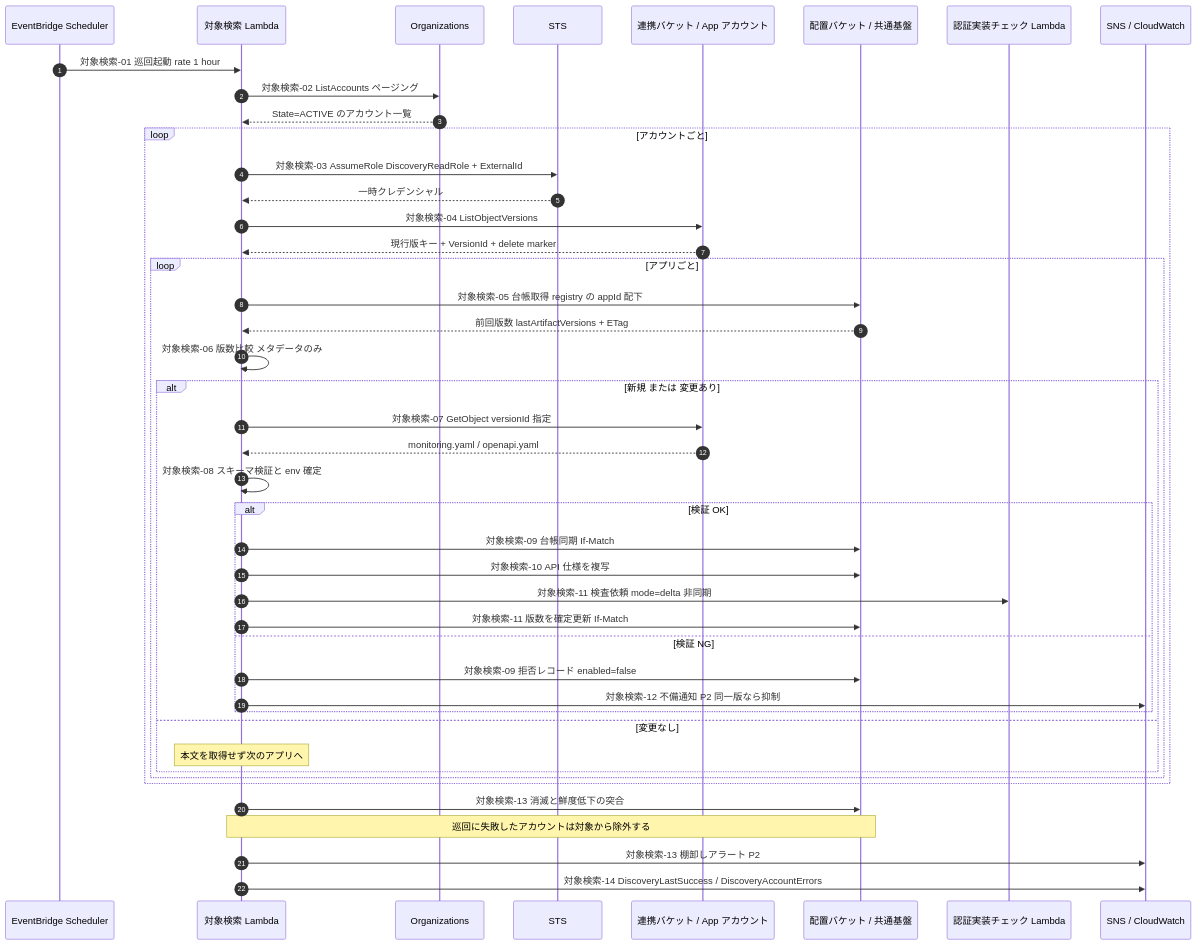
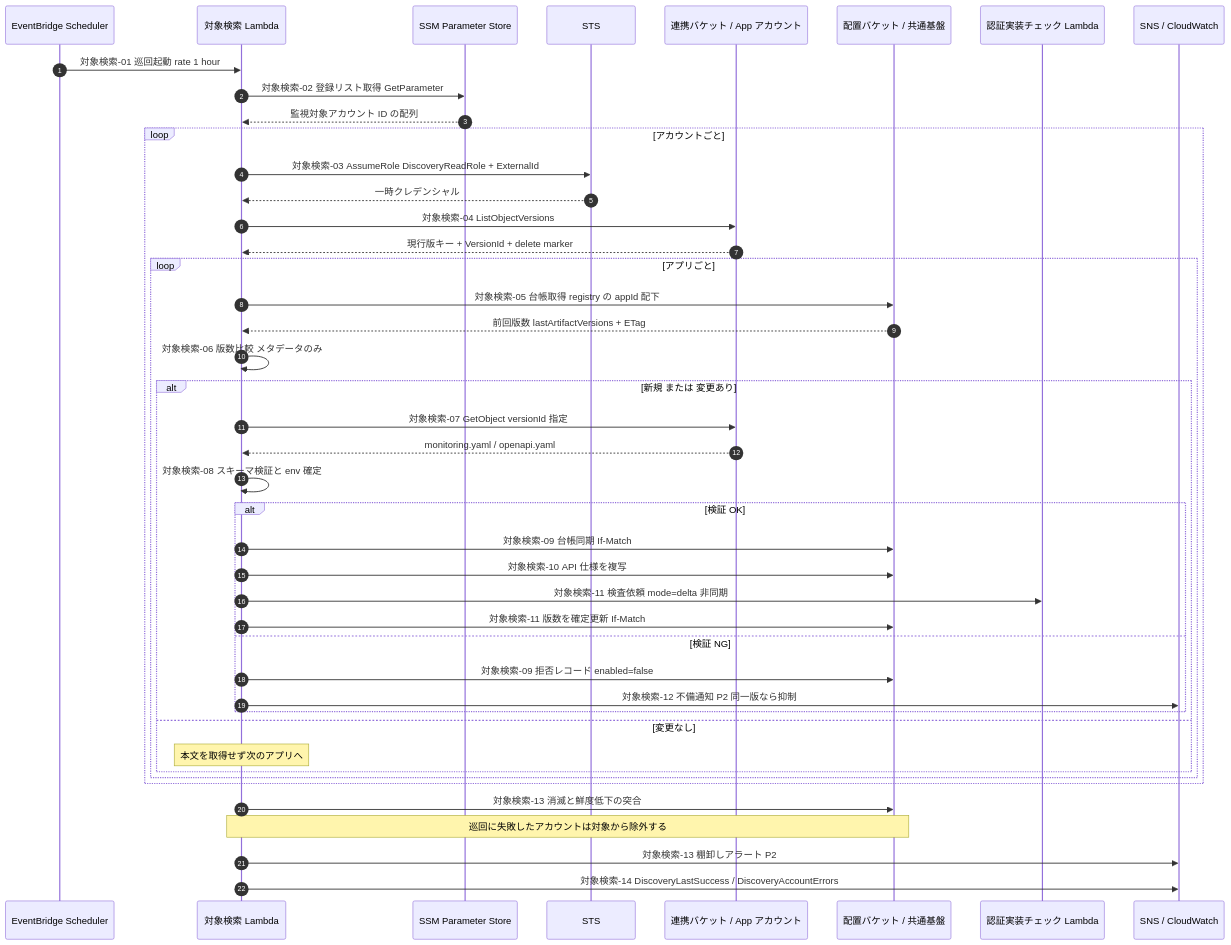
Before and after one commit to suepie/aws-atuh-poc: the second of 2 diagrams in doc/api-platform/basic-design/17-deployment-integration-and-registration.md, drawn with Mermaid. The commit also changed other lines of this file and 7 other files, not shown here.

````diff
--- a/doc/api-platform/basic-design/17-deployment-integration-and-registration.md
+++ b/doc/api-platform/basic-design/17-deployment-integration-and-registration.md
@@ -70,52 +72,52 @@
 ```mermaid
 sequenceDiagram
     autonumber
     participant SCH as EventBridge Scheduler
     participant DISC as 対象検索 Lambda
-    participant ORG as Organizations
+    participant ORG as SSM Parameter Store
     participant STS as STS
     participant ART as 連携バケット / App アカウント
     participant REG as 配置バケット / 共通基盤
     participant CHK as 認証実装チェック Lambda
     participant OBS as SNS / CloudWatch
 
     SCH->>DISC: 対象検索-01 巡回起動 rate 1 hour
-    DISC->>ORG: 対象検索-02 ListAccounts ページング
-    ORG-->>DISC: State=ACTIVE のアカウント一覧
+    DISC->>ORG: 対象検索-02 登録リスト取得 GetParameter
+    ORG-->>DISC: 監視対象アカウント ID の配列
 
     loop アカウントごと
         DISC->>STS: 対象検索-03 AssumeRole DiscoveryReadRole + ExternalId
         STS-->>DISC: 一時クレデンシャル
         DISC->>ART: 対象検索-04 ListObjectVersions
         ART-->>DISC: 現行版キー + VersionId + delete marker
 
         loop アプリごと
             DISC->>REG: 対象検索-05 台帳取得 registry の appId 配下
             REG-->>DISC: 前回版数 lastArtifactVersions + ETag
             DISC->>DISC: 対象検索-06 版数比較 メタデータのみ
 
             alt 新規 または 変更あり
                 DISC->>ART: 対象検索-07 GetObject versionId 指定
                 ART-->>DISC: monitoring.yaml / openapi.yaml
                 DISC->>DISC: 対象検索-08 スキーマ検証と env 確定
 
                 alt 検証 OK
                     DISC->>REG: 対象検索-09 台帳同期 If-Match
                     DISC->>REG: 対象検索-10 API 仕様を複写
                     DISC->>CHK: 対象検索-11 検査依頼 mode=delta 非同期
                     DISC->>REG: 対象検索-11 版数を確定更新 If-Match
                 else 検証 NG
                     DISC->>REG: 対象検索-09 拒否レコード enabled=false
                     DISC->>OBS: 対象検索-12 不備通知 P2 同一版なら抑制
                 end
             else 変更なし
                 Note over DISC: 本文を取得せず次のアプリへ
             end
         end
     end
 
     DISC->>REG: 対象検索-13 消滅と鮮度低下の突合
     Note over DISC,REG: 巡回に失敗したアカウントは対象から除外する
     DISC->>OBS: 対象検索-13 棚卸しアラート P2
     DISC->>OBS: 対象検索-14 DiscoveryLastSuccess / DiscoveryAccountErrors
 ```
````
